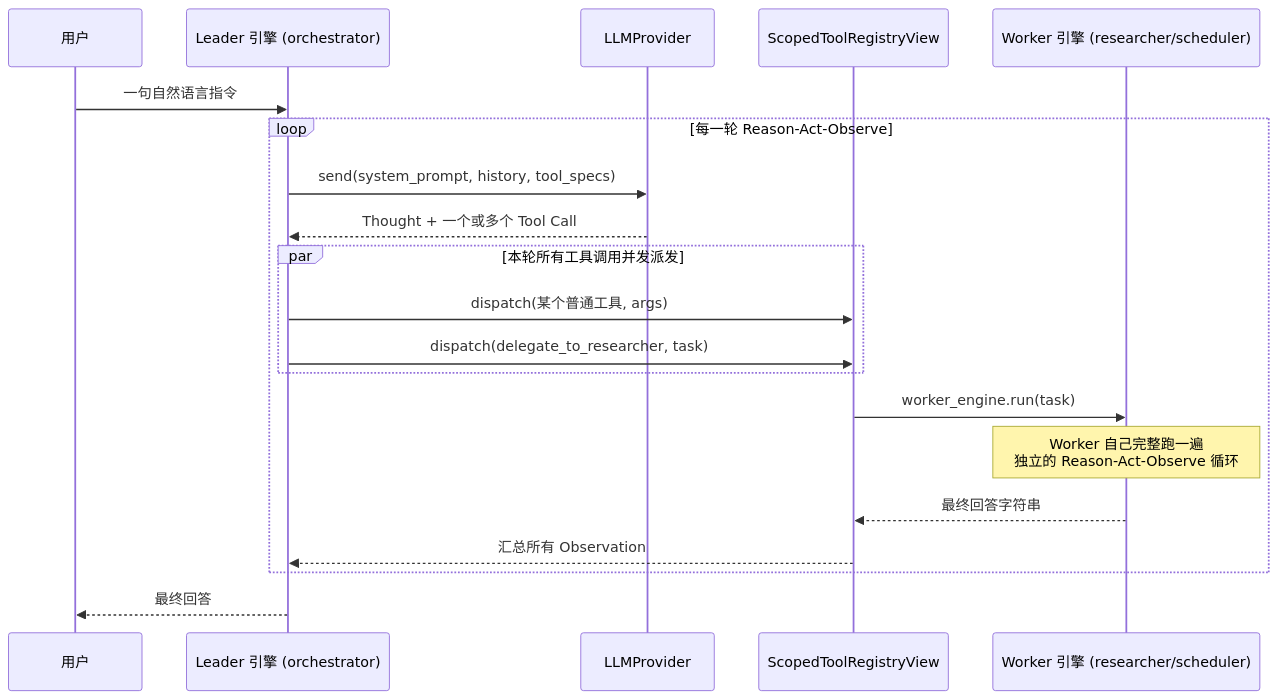
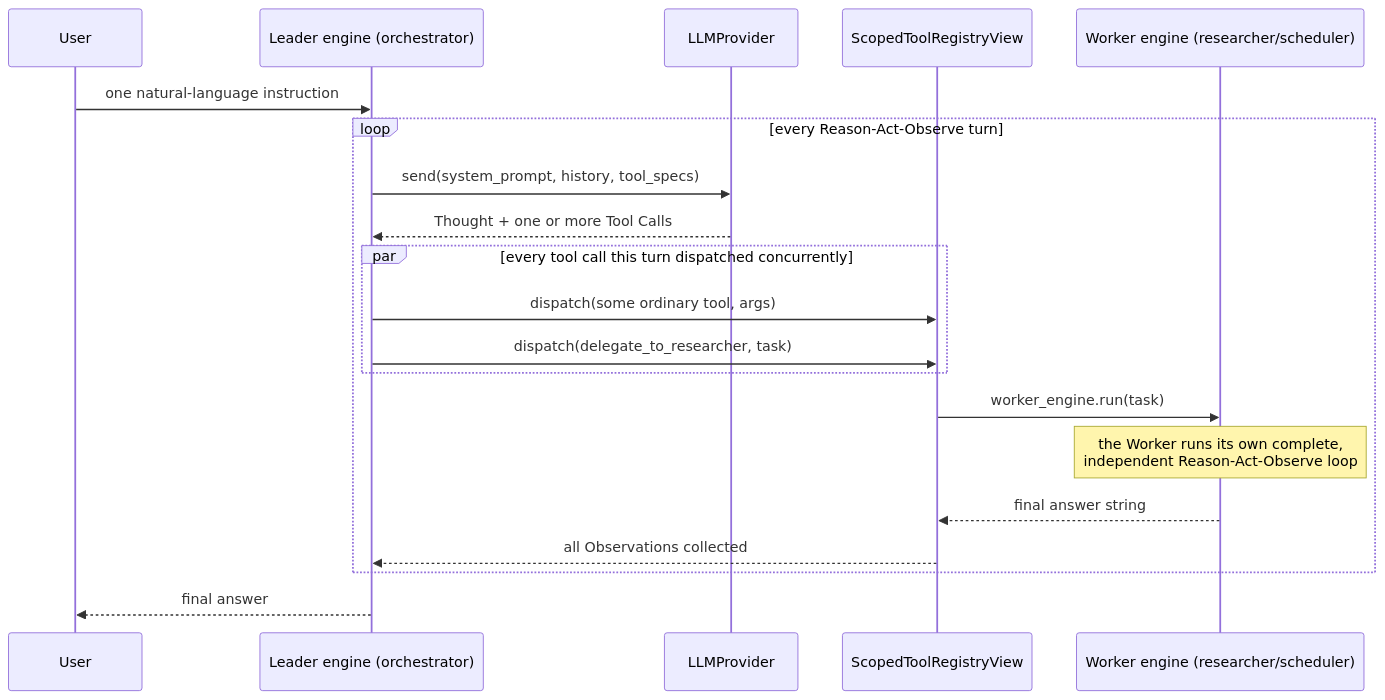
One commit to jiandanchaofan/AuraAgent changed the second of 2 diagrams in README.md. Above: the diagram before and after it, drawn with Mermaid. The commit also changed other lines of this file and 1 other file, not shown here.

````diff
--- a/README.md
+++ b/README.md
@@ -180,23 +182,23 @@
 ```mermaid
 sequenceDiagram
-    participant U as 用户
-    participant L as Leader 引擎 (orchestrator)
+    participant U as User
+    participant L as Leader engine (orchestrator)
     participant P as LLMProvider
     participant TV as ScopedToolRegistryView
-    participant W as Worker 引擎 (researcher/scheduler)
+    participant W as Worker engine (researcher/scheduler)
 
-    U->>L: 一句自然语言指令
-    loop 每一轮 Reason-Act-Observe
+    U->>L: one natural-language instruction
+    loop every Reason-Act-Observe turn
         L->>P: send(system_prompt, history, tool_specs)
-        P-->>L: Thought + 一个或多个 Tool Call
-        par 本轮所有工具调用并发派发
-            L->>TV: dispatch(某个普通工具, args)
+        P-->>L: Thought + one or more Tool Calls
+        par every tool call this turn dispatched concurrently
+            L->>TV: dispatch(some ordinary tool, args)
             L->>TV: dispatch(delegate_to_researcher, task)
         end
         TV->>W: worker_engine.run(task)
-        Note over W: Worker 自己完整跑一遍<br/>独立的 Reason-Act-Observe 循环
-        W-->>TV: 最终回答字符串
-        TV-->>L: 汇总所有 Observation
+        Note over W: the Worker runs its own complete,<br/>independent Reason-Act-Observe loop
+        W-->>TV: final answer string
+        TV-->>L: all Observations collected
     end
-    L-->>U: 最终回答
+    L-->>U: final answer
 ```
````
